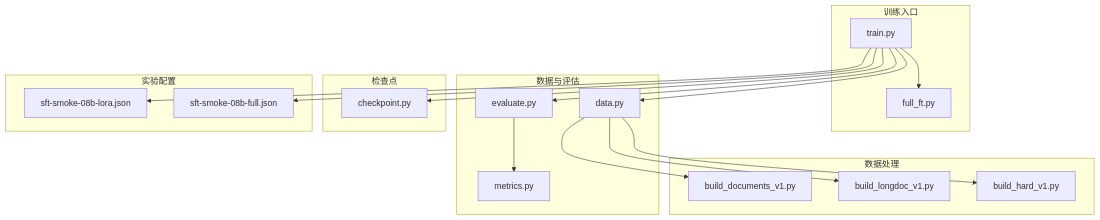
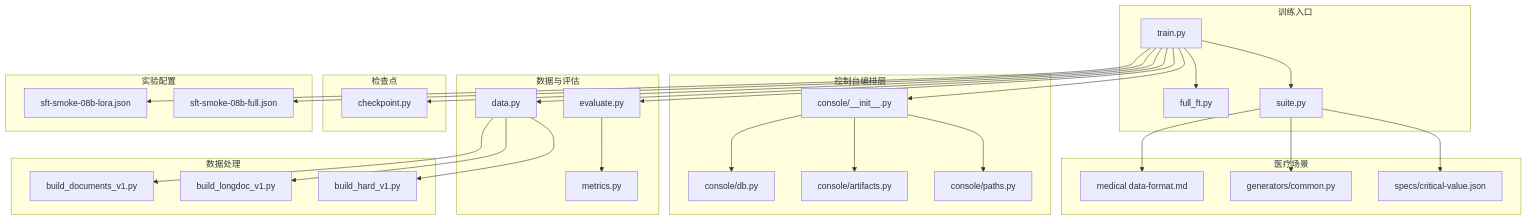
One commit to joezxh/kev changed the first of 12 diagrams in .qoder/repowiki/zh/content/训练框架/训练框架.md. Above: the diagram before and after it, drawn with Mermaid. The commit also changed other lines of this file and 70 other files, not shown here.

````diff
--- a/.qoder/repowiki/zh/content/训练框架/训练框架.md
+++ b/.qoder/repowiki/zh/content/训练框架/训练框架.md
@@ -45,34 +68,54 @@
 ```mermaid
 graph TB
 subgraph "训练入口"
 T["train.py"]
 F["full_ft.py"]
+S["suite.py"]
+end
+subgraph "控制台编排层"
+C["console/__init__.py"]
+DB["console/db.py"]
+A["console/artifacts.py"]
+P["console/paths.py"]
 end
 subgraph "数据与评估"
 D["data.py"]
 E["evaluate.py"]
 M["metrics.py"]
 end
 subgraph "检查点"
-C["checkpoint.py"]
+CKPT["checkpoint.py"]
+end
+subgraph "医疗场景"
+MD["medical data-format.md"]
+MG["generators/common.py"]
+MS["specs/critical-value.json"]
 end
 subgraph "实验配置"
 X1["sft-smoke-08b-lora.json"]
 X2["sft-smoke-08b-full.json"]
 end
 subgraph "数据处理"
 S1["build_documents_v1.py"]
 S2["build_longdoc_v1.py"]
 S3["build_hard_v1.py"]
 end
 T --> F
 T --> D
 T --> E
+T --> S
+T --> C
+C --> DB
+C --> A
+C --> P
 E --> M
-T --> C
+T --> CKPT
 T --> X1
 T --> X2
 D --> S1
 D --> S2
 D --> S3
+S --> MD
+S --> MG
+S --> MS
 ```
````
